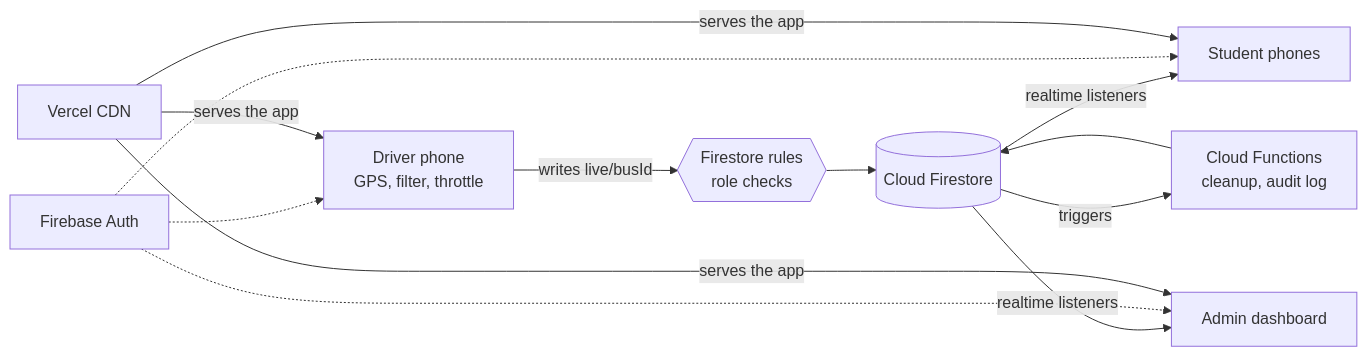
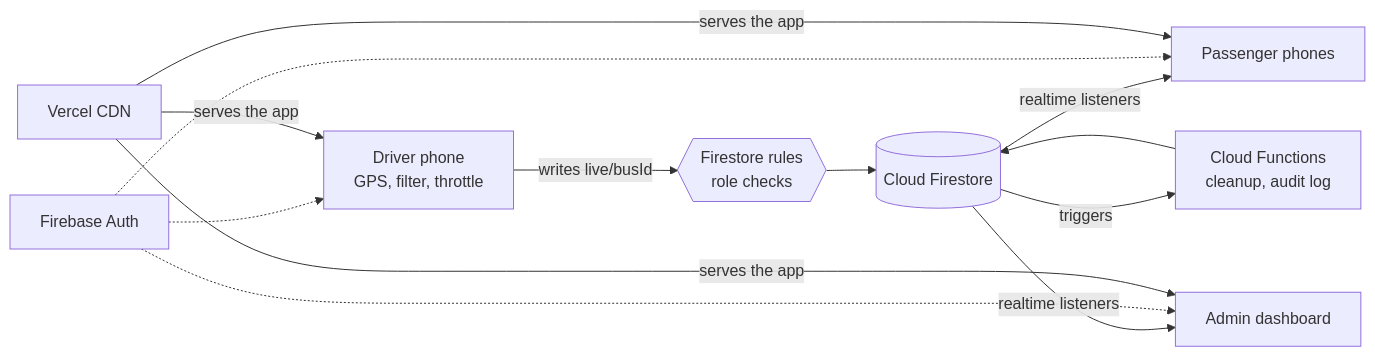
Before and after one commit to Sanjana1816/cloud-computing: the diagram in README.md, drawn with Mermaid. The commit also changed other lines of this file and 32 other files, not shown here.

````diff
--- a/README.md
+++ b/README.md
@@ -58,10 +59,10 @@
 ```mermaid
 flowchart LR
   D["Driver phone<br/>GPS, filter, throttle"] -->|writes live/busId| R{{"Firestore rules<br/>role checks"}}
   R --> FS[("Cloud Firestore")]
-  FS -->|realtime listeners| S["Student phones"]
+  FS -->|realtime listeners| S["Passenger phones"]
   FS -->|realtime listeners| A["Admin dashboard"]
   AU["Firebase Auth"] -.-> D & S & A
   FS -->|triggers| CF["Cloud Functions<br/>cleanup, audit log"] --> FS
   V["Vercel CDN"] -->|serves the app| D & S & A
 ```
````
